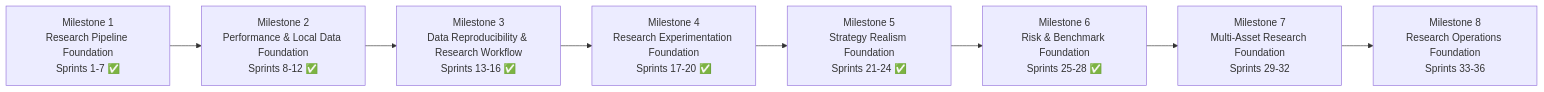
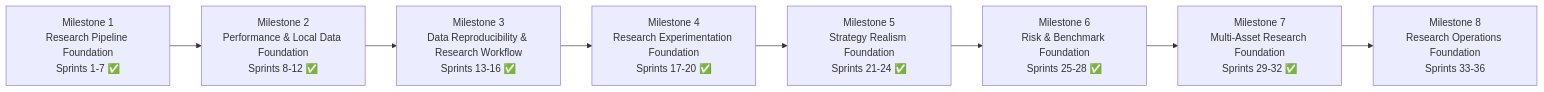
One commit to yanxinnnnnn/El-Psy-Quant changed the diagram in docs/roadmap.md. Above: the diagram before and after it, drawn with Mermaid. The commit also changed other lines of this file, not shown here.

Commit message:
docs: update roadmap after milestone 7

````diff
--- a/docs/roadmap.md
+++ b/docs/roadmap.md
@@ -15,10 +15,10 @@
 ```mermaid
 flowchart LR
     M1["Milestone 1<br/>Research Pipeline Foundation<br/>Sprints 1-7 ✅"] --> M2["Milestone 2<br/>Performance & Local Data Foundation<br/>Sprints 8-12 ✅"]
     M2 --> M3["Milestone 3<br/>Data Reproducibility & Research Workflow<br/>Sprints 13-16 ✅"]
     M3 --> M4["Milestone 4<br/>Research Experimentation Foundation<br/>Sprints 17-20 ✅"]
     M4 --> M5["Milestone 5<br/>Strategy Realism Foundation<br/>Sprints 21-24 ✅"]
     M5 --> M6["Milestone 6<br/>Risk & Benchmark Foundation<br/>Sprints 25-28 ✅"]
-    M6 --> M7["Milestone 7<br/>Multi-Asset Research Foundation<br/>Sprints 29-32"]
+    M6 --> M7["Milestone 7<br/>Multi-Asset Research Foundation<br/>Sprints 29-32 ✅"]
     M7 --> M8["Milestone 8<br/>Research Operations Foundation<br/>Sprints 33-36"]
 ```
````
